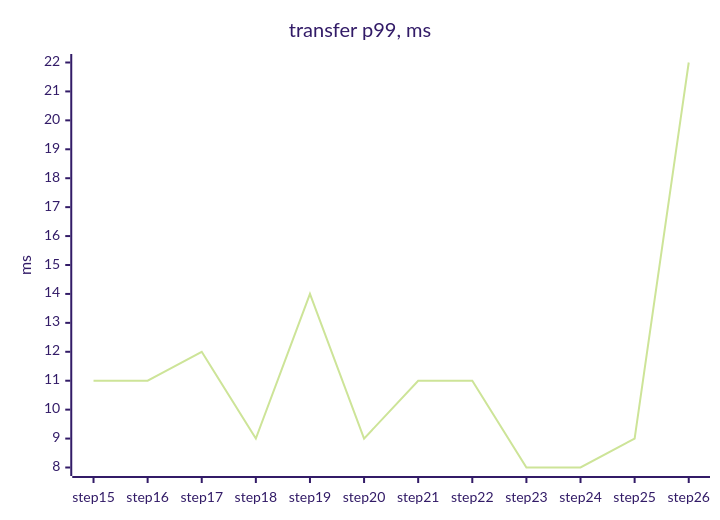
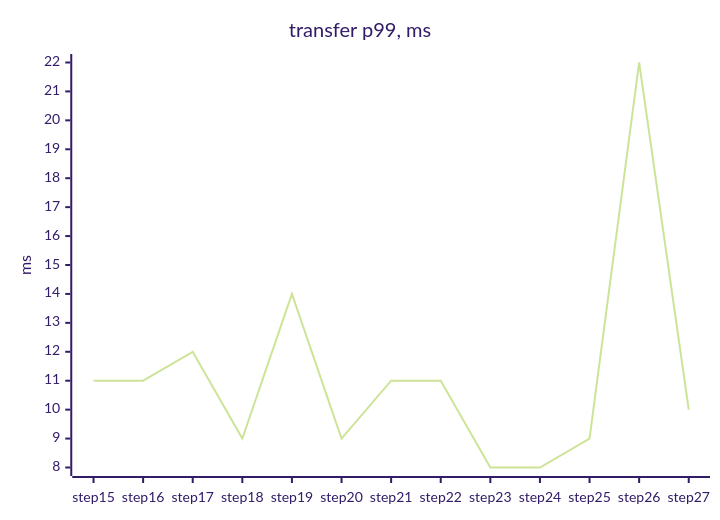
The first of 4 diagrams in docs/perf/README.md (tanvoid0/ledgerflow), drawn with Mermaid (forest theme) before and after one commit. The commit also changed other lines of this file and 5 other files, not shown here.

````diff
--- a/docs/perf/README.md
+++ b/docs/perf/README.md
@@ -29,7 +30,7 @@
 ```mermaid
 xychart-beta
     title "transfer p99, ms"
-    x-axis ["step15", "step16", "step17", "step18", "step19", "step20", "step21", "step22", "step23", "step24", "step25", "step26"]
+    x-axis ["step15", "step16", "step17", "step18", "step19", "step20", "step21", "step22", "step23", "step24", "step25", "step26", "step27"]
     y-axis "ms"
-    line [11, 11, 12, 9, 14, 9, 11, 11, 8, 8, 9, 22]
+    line [11, 11, 12, 9, 14, 9, 11, 11, 8, 8, 9, 22, 10]
 ```
````
